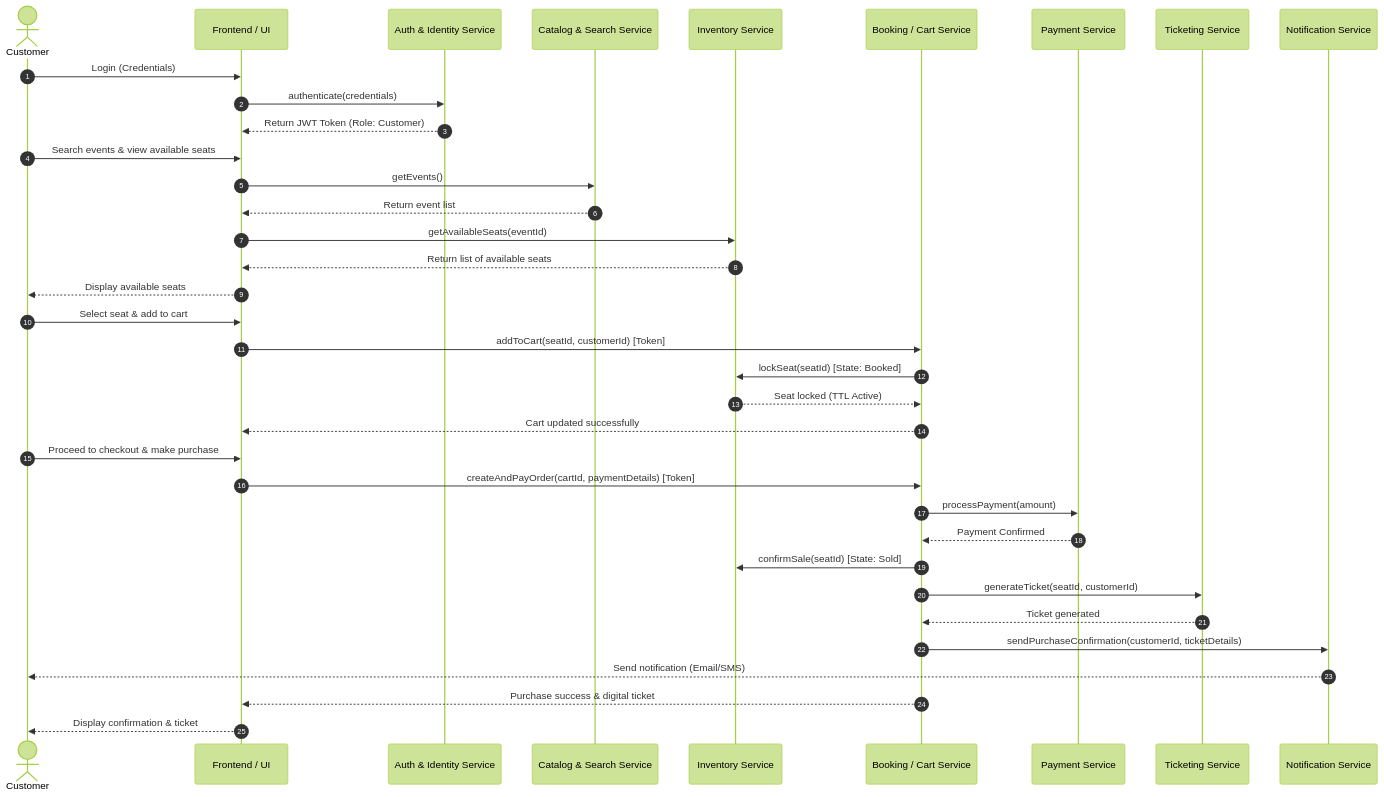
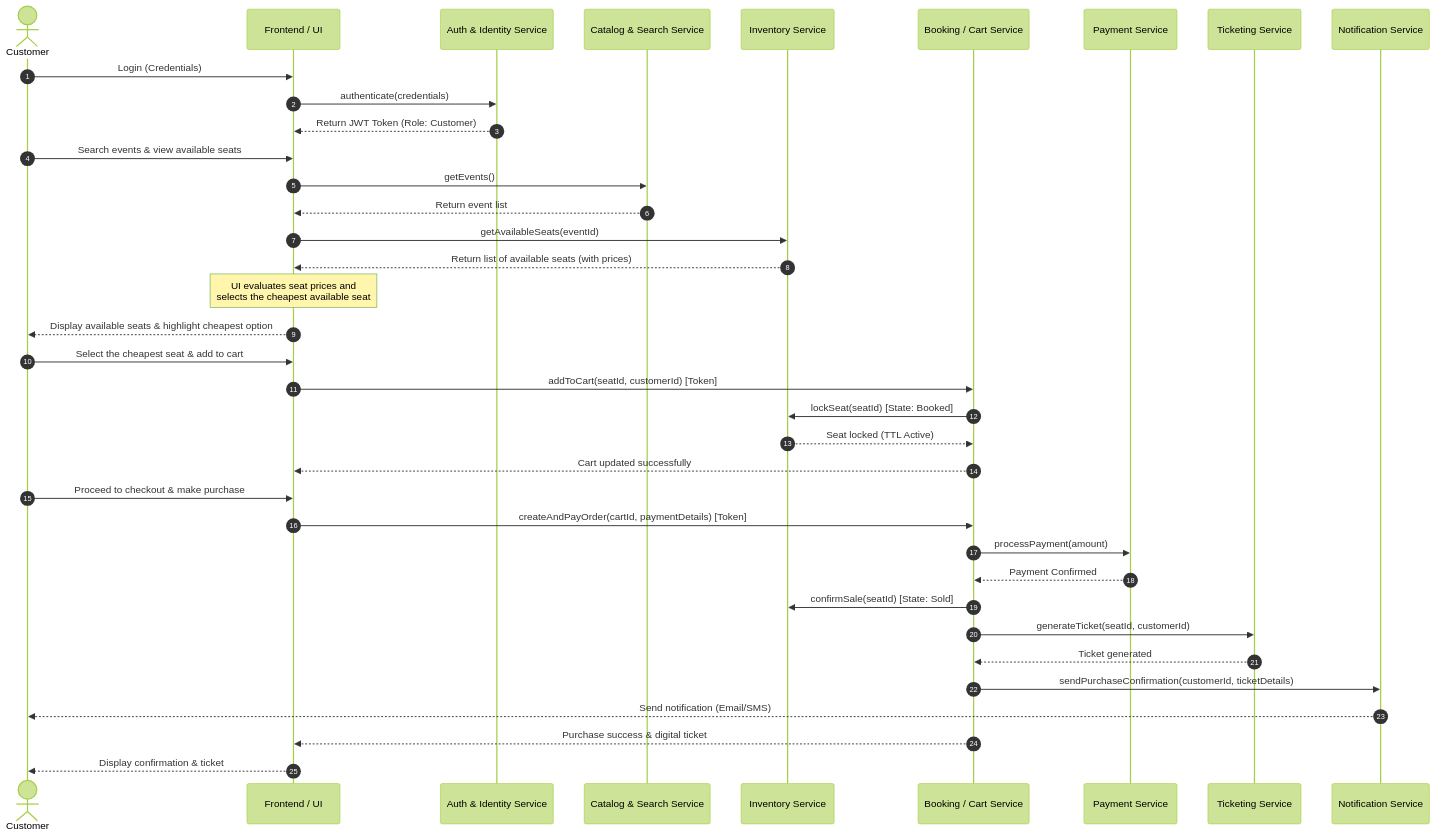
One commit to gcuatem/dotnet-intermediate changed the diagram in task1/Task3.md. Above: the diagram before and after it, drawn with Mermaid (forest theme). The commit also changed 1 other file, not shown here.

Commit message:
apply review changes

````diff
--- a/task1/Task3.md
+++ b/task1/Task3.md
@@ -1,44 +1,46 @@
 ```mermaid
 sequenceDiagram
     autonumber
     actor Customer
     participant UI as Frontend / UI
     participant Auth as Auth & Identity Service
     participant Search as Catalog & Search Service
     participant Inventory as Inventory Service
     participant Booking as Booking / Cart Service
     participant Payment as Payment Service
     participant Ticket as Ticketing Service
     participant Notif as Notification Service
 
     Customer->>UI: Login (Credentials)
     UI->>Auth: authenticate(credentials)
     Auth-->>UI: Return JWT Token (Role: Customer)
 
     Customer->>UI: Search events & view available seats
     UI->>Search: getEvents()
     Search-->>UI: Return event list
     UI->>Inventory: getAvailableSeats(eventId)
-    Inventory-->>UI: Return list of available seats
-    UI-->>Customer: Display available seats
+    Inventory-->>UI: Return list of available seats (with prices)
+    
+    Note over UI: UI evaluates seat prices and<br/>selects the cheapest available seat
+    UI-->>Customer: Display available seats & highlight cheapest option
 
-    Customer->>UI: Select seat & add to cart
+    Customer->>UI: Select the cheapest seat & add to cart
     UI->>Booking: addToCart(seatId, customerId) [Token]
     Booking->>Inventory: lockSeat(seatId) [State: Booked]
     Inventory-->>Booking: Seat locked (TTL Active)
     Booking-->>UI: Cart updated successfully
 
     Customer->>UI: Proceed to checkout & make purchase
     UI->>Booking: createAndPayOrder(cartId, paymentDetails) [Token]
     Booking->>Payment: processPayment(amount)
     Payment-->>Booking: Payment Confirmed
 
     Booking->>Inventory: confirmSale(seatId) [State: Sold]
     Booking->>Ticket: generateTicket(seatId, customerId)
     Ticket-->>Booking: Ticket generated
     Booking->>Notif: sendPurchaseConfirmation(customerId, ticketDetails)
     Notif-->>Customer: Send notification (Email/SMS)
 
     Booking-->>UI: Purchase success & digital ticket
     UI-->>Customer: Display confirmation & ticket
 ```
````
